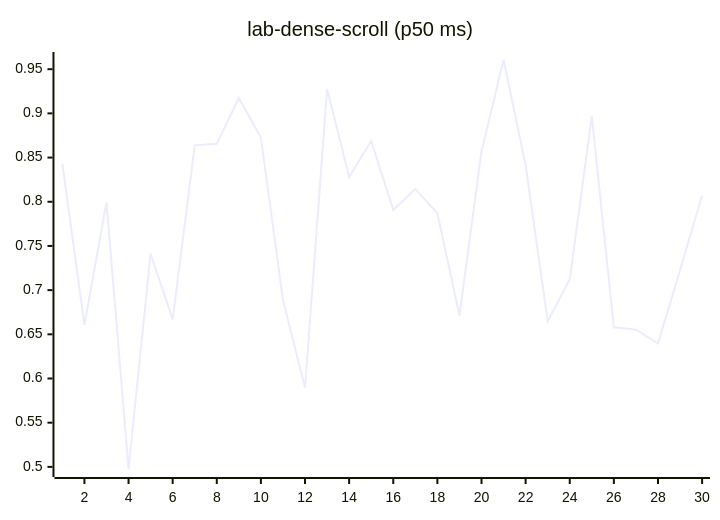
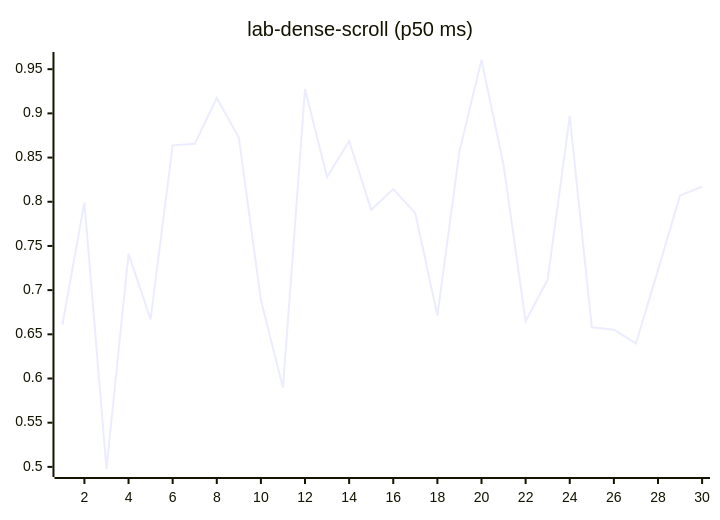
Diagram 12 of 27 in README.md (josha/Facet), drawn with Mermaid before and after one commit. The commit also changed other lines of this file and 2 other files, not shown here.

````diff
--- a/README.md
+++ b/README.md
@@ -140,6 +140,6 @@
 ```mermaid
 xychart-beta
     title "lab-dense-scroll (p50 ms)"
     x-axis 1 --> 30
-    line [0.8432, 0.6608, 0.7993, 0.4976, 0.7412, 0.6669, 0.8638, 0.8655, 0.9174, 0.8727, 0.6887, 0.5895, 0.9275, 0.8280, 0.8687, 0.7908, 0.8143, 0.7869, 0.6713, 0.8570, 0.9604, 0.8416, 0.6647, 0.7120, 0.8968, 0.6580, 0.6552, 0.6397, 0.7226, 0.8071]
+    line [0.6608, 0.7993, 0.4976, 0.7412, 0.6669, 0.8638, 0.8655, 0.9174, 0.8727, 0.6887, 0.5895, 0.9275, 0.8280, 0.8687, 0.7908, 0.8143, 0.7869, 0.6713, 0.8570, 0.9604, 0.8416, 0.6647, 0.7120, 0.8968, 0.6580, 0.6552, 0.6397, 0.7226, 0.8071, 0.8171]
 ```
````
